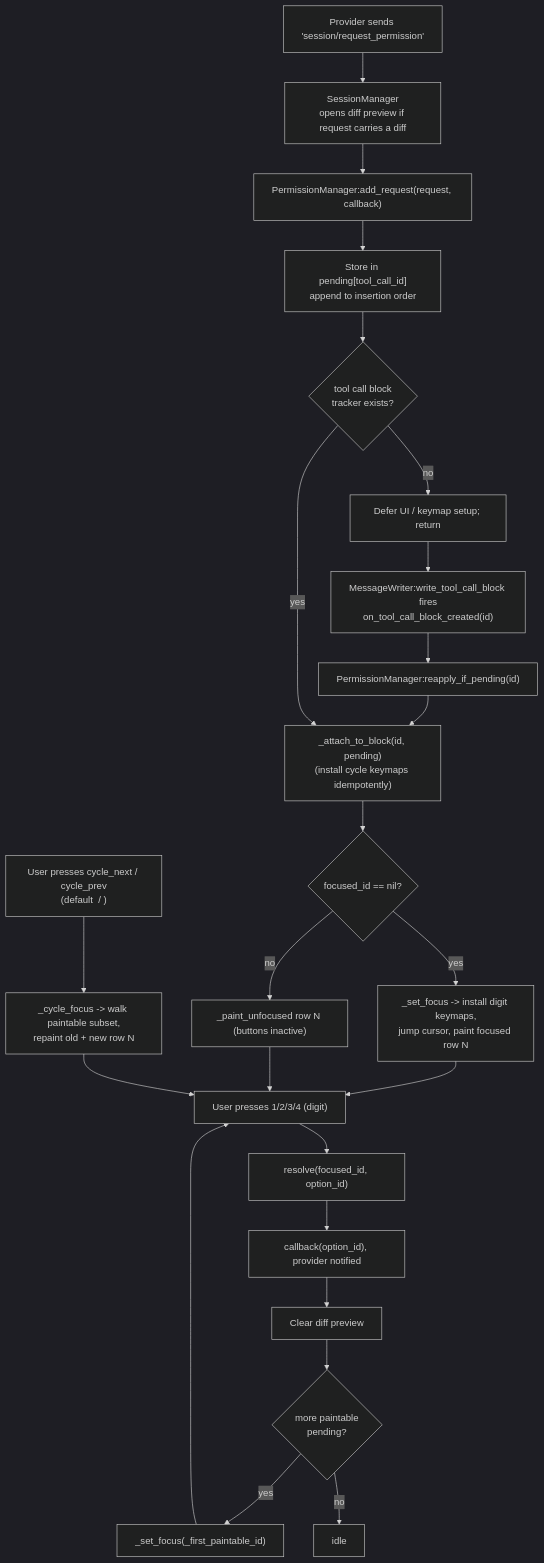
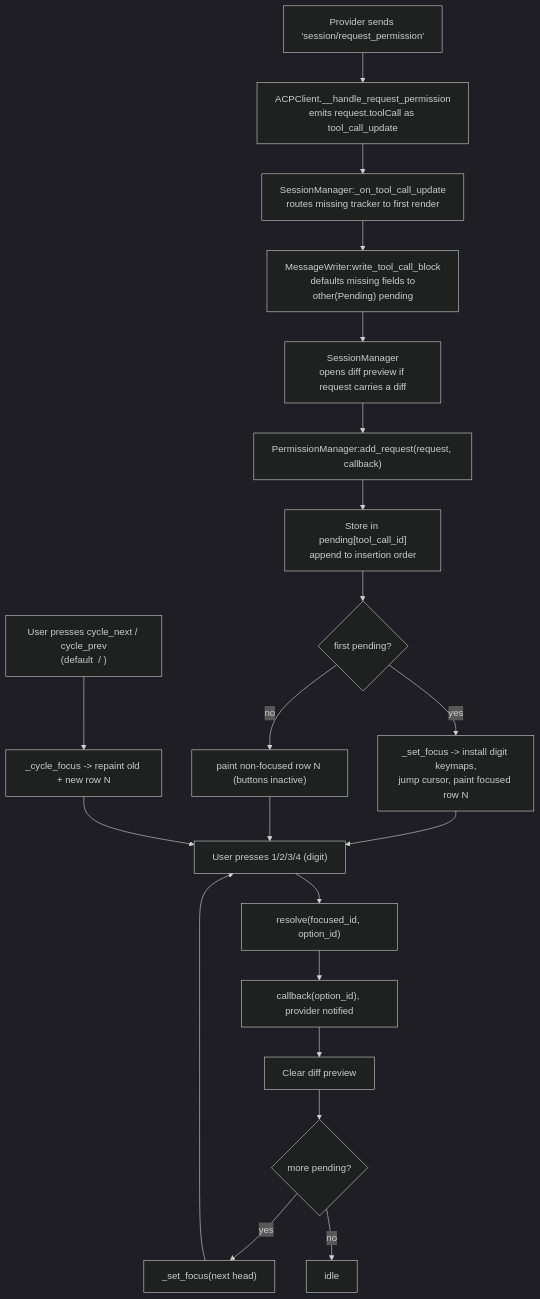
One commit to carlos-algms/agentic.nvim changed the seventh of 7 diagrams in lua/agentic/acp/AGENTS.md. Above: the diagram before and after it, drawn with Mermaid (dark theme). The commit also changed other lines of this file and 6 other files, not shown here.

````diff
--- a/lua/agentic/acp/AGENTS.md
+++ b/lua/agentic/acp/AGENTS.md
@@ -323,37 +323,32 @@
 ```mermaid
 flowchart TD
     P["Provider sends 'session/request_permission'"]
+    C["ACPClient.__handle_request_permission<br/>emits request.toolCall as tool_call_update"]
+    PH["SessionManager:_on_tool_call_update<br/>routes missing tracker to first render"]
+    W["MessageWriter:write_tool_call_block<br/>defaults missing fields to<br/>other(Pending) pending"]
     SM["SessionManager<br/>opens diff preview if request carries a diff"]
     PM["PermissionManager:add_request(request, callback)"]
     Store["Store in pending[tool_call_id]<br/>append to insertion order"]
-    T{"tool call block<br/>tracker exists?"}
-    Defer["Defer UI / keymap setup; return"]
-    Hook["MessageWriter:write_tool_call_block fires<br/>on_tool_call_block_created(id)"]
-    Reapply["PermissionManager:reapply_if_pending(id)"]
-    Attach["_attach_to_block(id, pending)<br/>(install cycle keymaps idempotently)"]
-    F{"focused_id == nil?"}
+    F{"first pending?"}
     Focus["_set_focus -> install digit keymaps,<br/>jump cursor, paint focused row N"]
-    Paint["_paint_unfocused row N (buttons inactive)"]
+    Paint["paint non-focused row N (buttons inactive)"]
     U["User presses 1/2/3/4 (digit)"]
     Cyc["User presses cycle_next / cycle_prev<br/>(default <C-n> / <C-p>)"]
-    Cycle["_cycle_focus -> walk paintable subset,<br/>repaint old + new row N"]
+    Cycle["_cycle_focus -> repaint old + new row N"]
     Res["resolve(focused_id, option_id)"]
     CB["callback(option_id), provider notified"]
     Clear["Clear diff preview"]
-    Next{"more paintable<br/>pending?"}
-    Adv["_set_focus(_first_paintable_id)"]
+    Next{"more pending?"}
+    Adv["_set_focus(next head)"]
     Done["idle"]
 
-    P --> SM --> PM --> Store --> T
-    T -->|no| Defer --> Hook --> Reapply --> Attach
-    T -->|yes| Attach
-    Attach --> F
+    P --> C --> PH --> W --> SM --> PM --> Store --> F
     F -->|yes| Focus
     F -->|no| Paint
     Focus --> U
     Paint --> U
     U --> Res --> CB --> Clear --> Next
     Next -->|yes| Adv --> U
     Next -->|no| Done
     Cyc --> Cycle --> U
 ```
````
